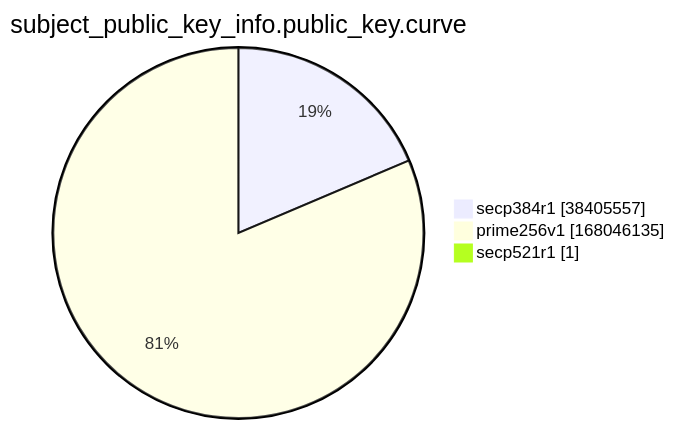
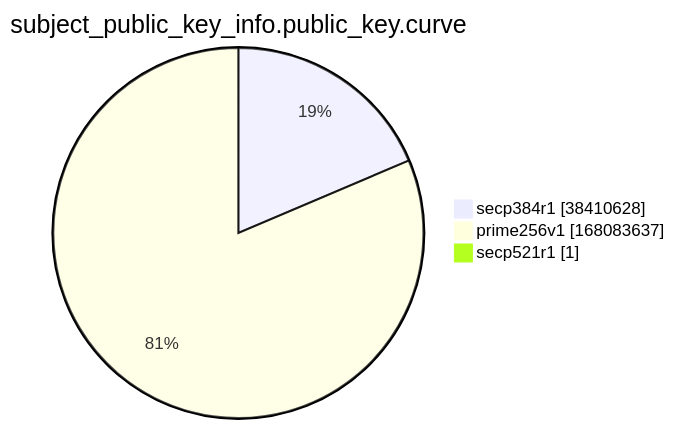
One commit to christiankrug/ctmonitor_visualization changed the ninth of 15 diagrams in argon2022/README.md. Above: the diagram before and after it, drawn with Mermaid. The commit also changed other lines of this file, not shown here.

````diff
--- a/argon2022/README.md
+++ b/argon2022/README.md
@@ -2766,7 +2766,7 @@
 ```mermaid
 pie showData
 title subject_public_key_info.public_key.curve
-"secp384r1" :38405557
-"prime256v1" :168046135
+"secp384r1" :38410628
+"prime256v1" :168083637
 "secp521r1" :1
 ```
````
